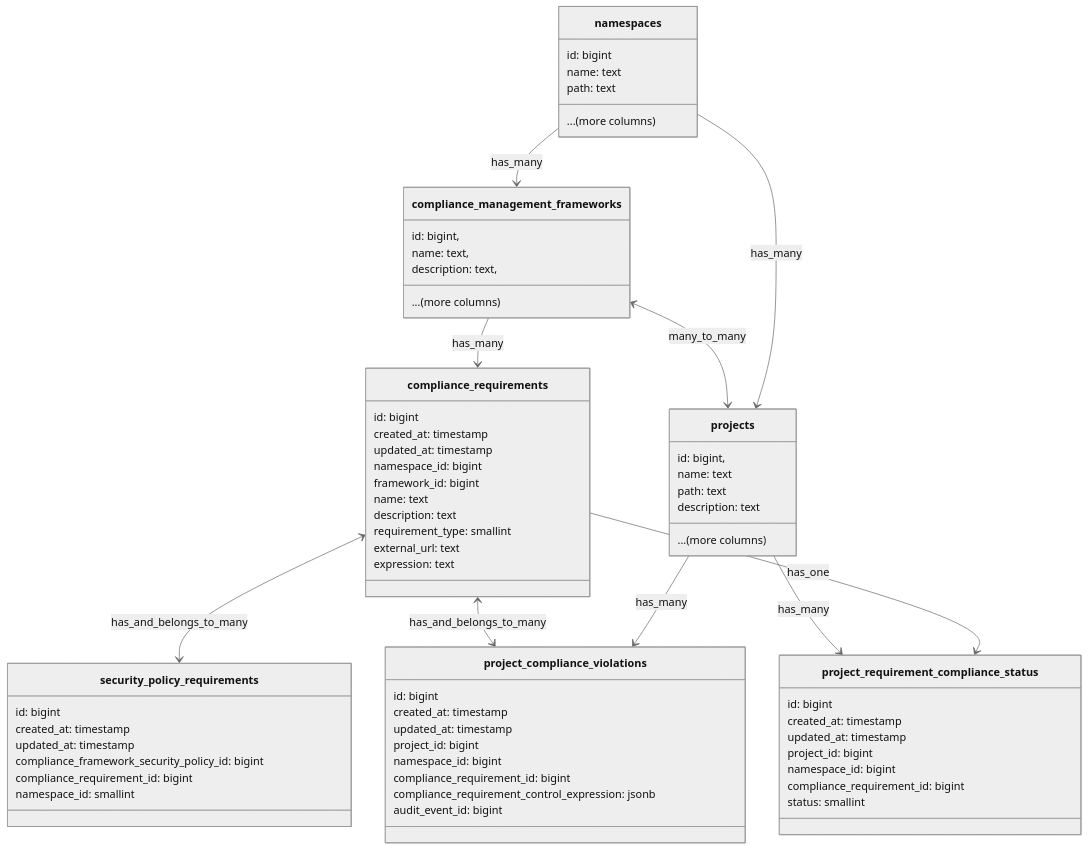
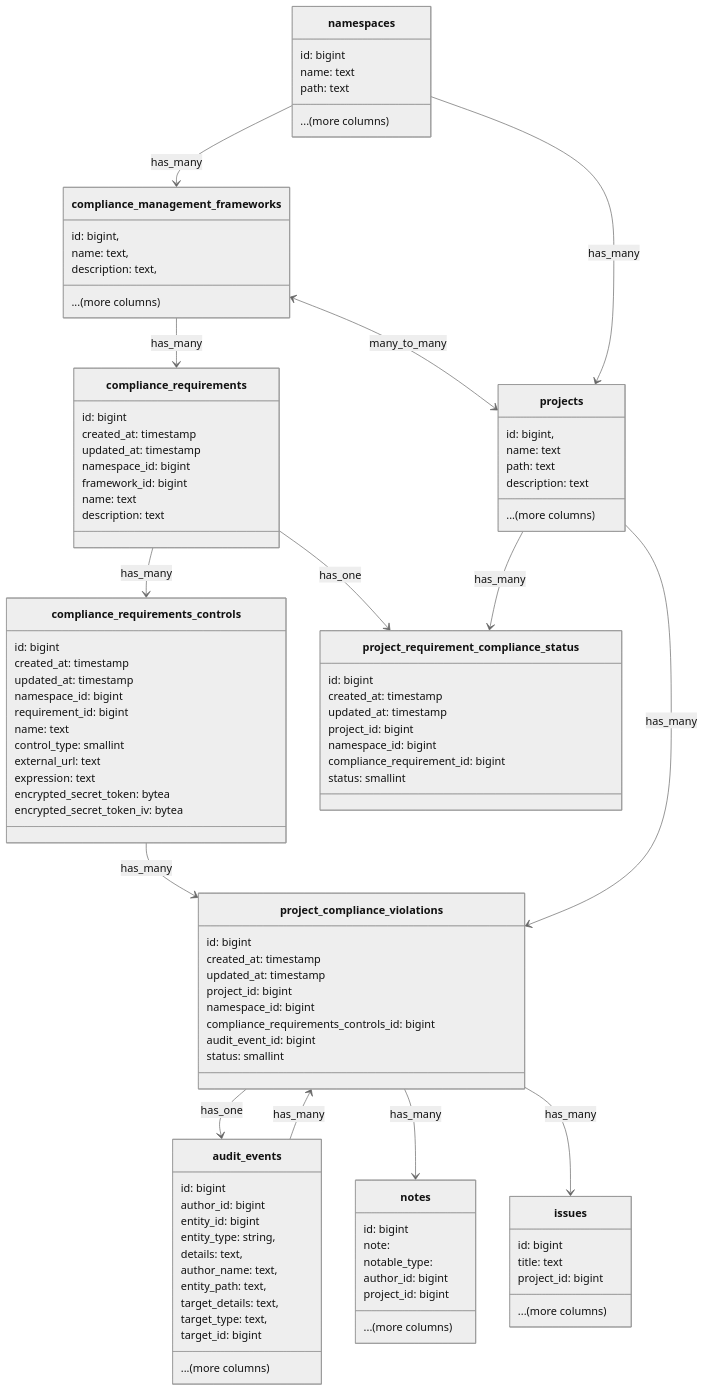
One commit to zalyoung/gitlab-handbook changed the diagram in content/handbook/engineering/architecture/design-documents/compliance-frameworks/decisions/005_violations_engine.md. Above: the diagram before and after it, drawn with Mermaid (neutral theme). The commit also changed other lines of this file and 1 other file, not shown here.

Commit message:
Update ADR 005 to include controls that can't be linked to audit events

````diff
--- a/content/handbook/engineering/architecture/design-documents/compliance-frameworks/decisions/005_violations_engine.md
+++ b/content/handbook/engineering/architecture/design-documents/compliance-frameworks/decisions/005_violations_engine.md
@@ -68,9 +73,20 @@
     framework_id: bigint
     name: text
     description: text
-    requirement_type: smallint
+}
+
+class compliance_requirements_controls {
+    id: bigint
+    created_at: timestamp
+    updated_at: timestamp
+    namespace_id: bigint
+    requirement_id: bigint
+    name: text
+    control_type: smallint
     external_url: text
     expression: text
+    encrypted_secret_token: bytea
+    encrypted_secret_token_iv: bytea
 }
 
 class project_requirement_compliance_status {
@@ -83,33 +99,58 @@
     status: smallint
 }
 
-class security_policy_requirements {
-    id: bigint
-    created_at: timestamp
-    updated_at: timestamp
-    compliance_framework_security_policy_id: bigint
-    compliance_requirement_id: bigint
-    namespace_id: smallint
-}
-
 class project_compliance_violations {
     id: bigint
     created_at: timestamp
     updated_at: timestamp
     project_id: bigint
     namespace_id: bigint
-    compliance_requirement_id: bigint
-    compliance_requirement_control_expression: jsonb
+    compliance_requirements_controls_id: bigint
     audit_event_id: bigint
+    status: smallint
+}
+
+class audit_events {
+    id: bigint
+    author_id: bigint
+    entity_id: bigint
+    entity_type: string,
+    details: text,
+    author_name: text,
+    entity_path: text,
+    target_details: text,
+    target_type: text,
+    target_id: bigint
+    ...(more columns)
+}
+
+class notes {
+    id: bigint
+    note:
+    notable_type:
+    author_id: bigint
+    project_id: bigint
+    ...(more columns)
+}
+
+class issues {
+    id: bigint
+    title: text
+    project_id: bigint
+    ...(more columns)
 }
 
 compliance_management_frameworks --> compliance_requirements : has_many
 compliance_management_frameworks <--> projects : many_to_many
-compliance_requirements <--> security_policy_requirements : has_and_belongs_to_many
-compliance_requirements <--> project_compliance_violations : has_and_belongs_to_many
+compliance_requirements --> compliance_requirements_controls : has_many
 projects <-- namespaces : has_many
 namespaces --> compliance_management_frameworks : has_many
 projects --> project_requirement_compliance_status : has_many
 projects --> project_compliance_violations : has_many
 compliance_requirements --> project_requirement_compliance_status : has_one
+compliance_requirements_controls --> project_compliance_violations : has_many
+project_compliance_violations --> audit_events : has_one
+project_compliance_violations <-- audit_events : has_many
+project_compliance_violations --> notes : has_many
+project_compliance_violations --> issues : has_many
 ```
````
